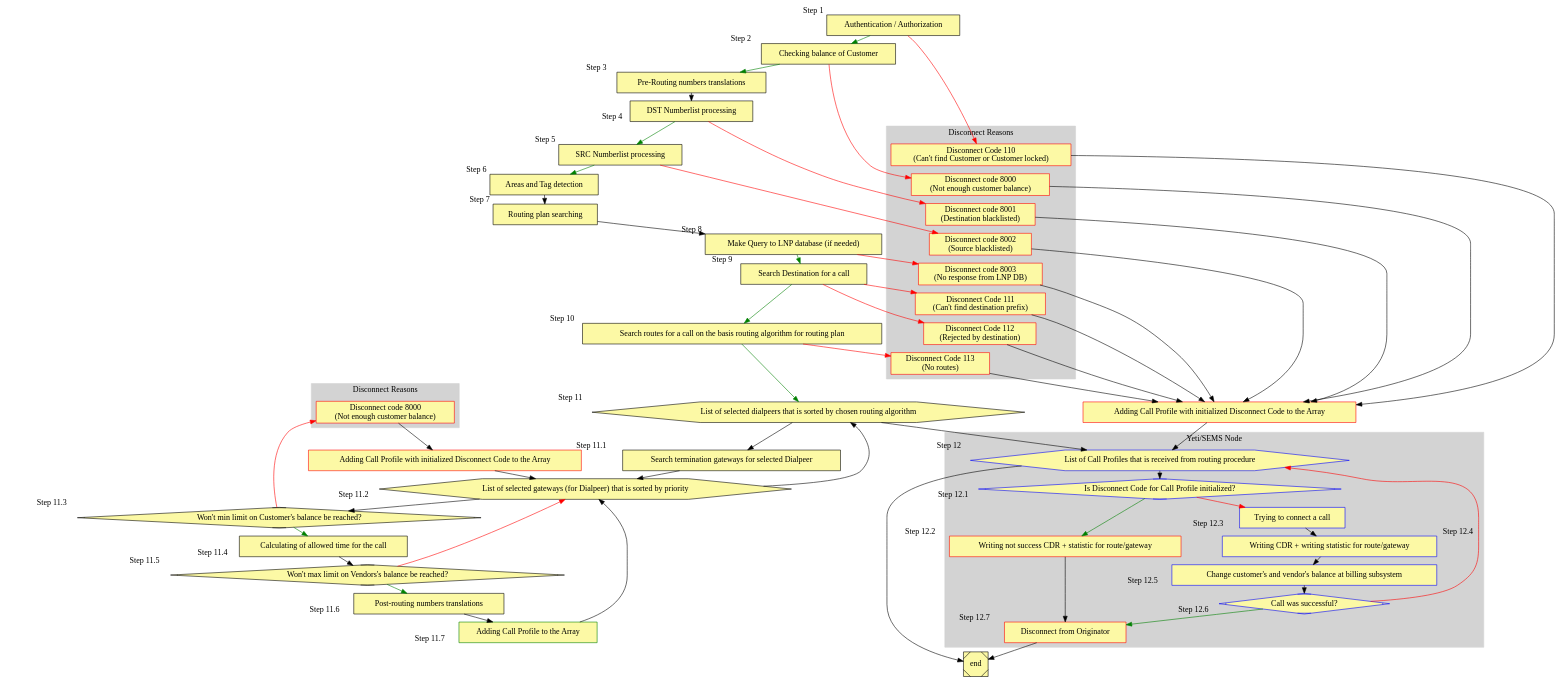
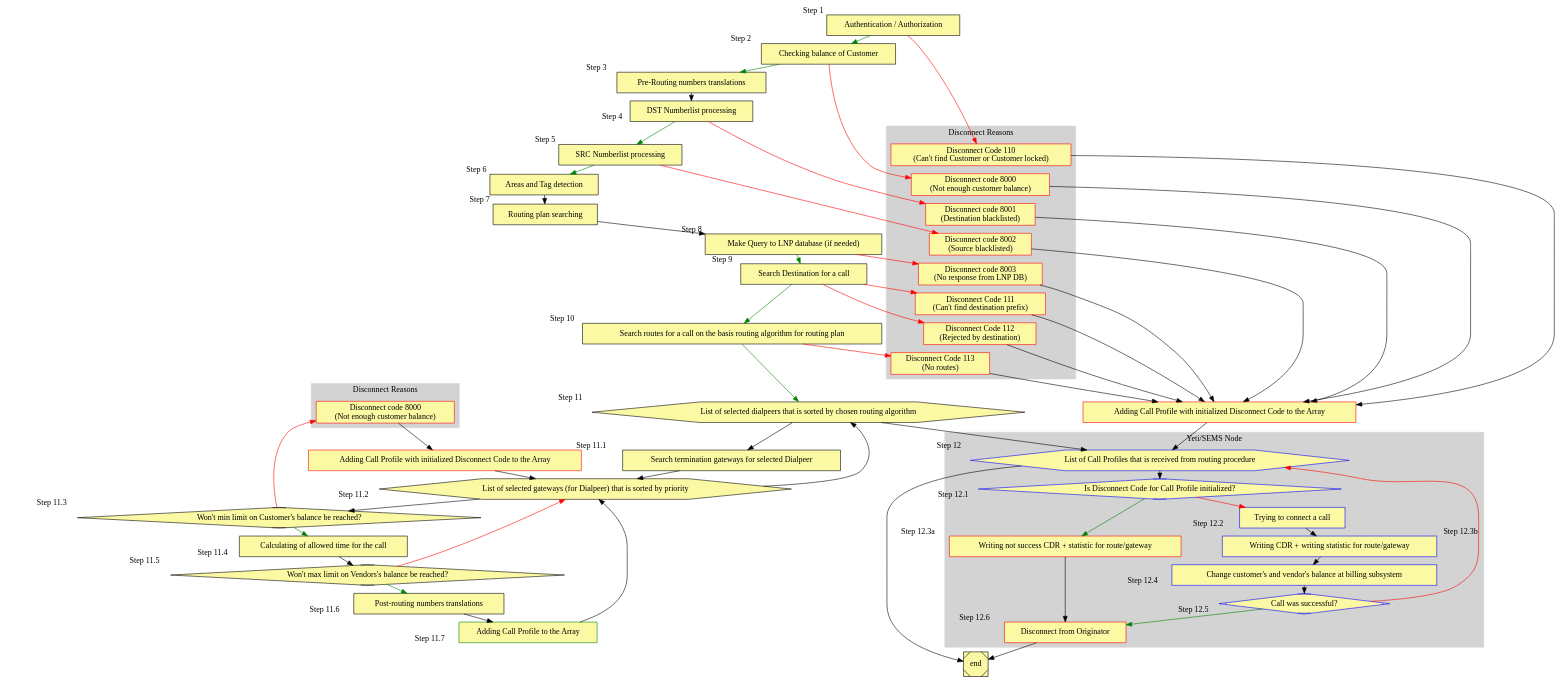
One commit to yeti-switch/doc changed the diagram in docs/en/graphviz/routing.dot. Above: the diagram before and after it, drawn with Graphviz. The commit also changed 1 other file, not shown here.

```diff
--- a/docs/en/graphviz/routing.dot
+++ b/docs/en/graphviz/routing.dot
@@ -1,169 +1,169 @@
 digraph Routing {
 
     node [style=filled; fillcolor="#FCF9A5"];
     graph [nodesep=1, ranksep=0.2, mindist=0.5];
 
     subgraph cluster_DC {
         style=filled;
         color=lightgrey;
         node [style=filled,color=red];
 
         reason1 [label = "Disconnect Code 110 \n(Can't find Customer or Customer locked)"; shape=box; sides=4 ];
         reason2 [label = "Disconnect code 8000 \n(Not enough customer balance)"; shape=box; sides=4 ];
         reason3 [label = "Disconnect code 8001 \n(Destination blacklisted)"; shape=box; sides=4 ];
         reason4 [label = "Disconnect code 8002 \n(Source blacklisted)"; shape=box; sides=4 ];
         reason5 [label = "Disconnect code 8003 \n(No response from LNP DB)"; shape=box; sides=4 ];
         reason6 [label = "Disconnect Code 111 \n(Can't find destination prefix)"; shape=box; sides=4 ];
         reason7 [label = "Disconnect Code 112 \n(Rejected by destination)"; shape=box; sides=4 ];
         reason8 [label = "Disconnect Code 113 \n(No routes)"; shape=box; sides=4 ];
 
         reason1->reason2 [style=invis];
         reason2->reason3 [style=invis];
         reason3->reason4 [style=invis];
         reason4->reason5 [style=invis];
         reason5->reason6 [style=invis];
         reason6->reason7 [style=invis];
         reason7->reason8 [style=invis];
         label = "Disconnect Reasons";
     }
 
     subgraph cluster_DC2 {
         style=filled;
         color=lightgrey;
         node [style=filled,color=red];
 
         reason9 [label = "Disconnect code 8000 \n(Not enough customer balance)"; shape=box; sides=4 ];
 
         label = "Disconnect Reasons";
     }
 
     subgraph cluster_SEMS {
         style=filled;
         color=lightgrey;
         node [style=filled,color=blue];
 
         block_l0 [label = "List of Call Profiles that is received from routing procedure"; xlabel = "                Step 12"; shape=hexagon];
 
         block_l1 [label = "Is Disconnect Code for Call Profile initialized?"; xlabel = "           Step 12.1 "; shape=Mdiamond];
 
 
-        block_l2 [label = "Writing not success CDR + statistic for route/gateway"; xlabel = "Step 12.2    "; shape=box; sides=4; color = red ];
+        block_l2 [label = "Writing not success CDR + statistic for route/gateway"; xlabel = "Step 12.3a    "; shape=box; sides=4; color = red ];
 
-        block_l4 [label = "Disconnect from Originator"; xlabel = "       Step 12.7   "; shape=box; sides=4; color = red ];
+        block_l4 [label = "Disconnect from Originator"; xlabel = "       Step 12.6   "; shape=box; sides=4; color = red ];
 
-        block_l5 [label = "Trying to connect a call"; xlabel = "\nStep 12.3     "; shape=box; sides=4 ];
+        block_l5 [label = "Trying to connect a call"; xlabel = "\nStep 12.2     "; shape=box; sides=4 ];
 
-        block_l6 [label = "Writing CDR + writing statistic for route/gateway"; xlabel = "Step 12.4    "; shape=box; sides=4 ];
+        block_l6 [label = "Writing CDR + writing statistic for route/gateway"; xlabel = "Step 12.3b    "; shape=box; sides=4 ];
 
-        block_l7 [label = "Change customer's and vendor's balance at billing subsystem "; xlabel = "Step 12.5    "; shape=box; sides=4 ];
+        block_l7 [label = "Change customer's and vendor's balance at billing subsystem "; xlabel = "Step 12.4    "; shape=box; sides=4 ];
 
 
-        block_l8 [label = "Call was successful?"; xlabel = "           Step 12.6 "; shape=Mdiamond];
+        block_l8 [label = "Call was successful?"; xlabel = "           Step 12.5 "; shape=Mdiamond];
 
 
         block_l0 -> block_l1 [color=black];
         block_l1 -> block_l2 [color=green];
         block_l2 -> block_l4 [color=black];
 
         block_l1 -> block_l5 [color=red];
         block_l5 -> block_l6 [color=black];
         block_l6 -> block_l7 [color=black];
         block_l7 -> block_l8 [color=black];
 
         block_l8 -> block_l4 [color=green];
         block_l8 -> block_l0 [color=red];
 
         label = "Yeti/SEMS Node";
     }
 
     block_wrong1 [label = "Adding Call Profile with initialized Disconnect Code to the Array"; shape=box; sides=4; color=red];
 
     block_wrong2 [label = "Adding Call Profile with initialized Disconnect Code to the Array"; shape=box; sides=4; color=red];
 
     block1 [label = "Authentication / Authorization"; xlabel = "Step 1"; shape=box; sides=4 ];
     block2 [label = "Checking balance of Customer"; xlabel = "Step 2   "; shape=box; sides=4 ];
     block3 [label = "Pre-Routing numbers translations"; xlabel = "Step 3   "; shape=box; sides=4 ];
     block4 [label = "DST Numberlist processing"; xlabel = "Step 4  "; shape=box; sides=4 ];
     block5 [label = "SRC Numberlist processing"; xlabel = "Step 5"; shape=box; sides=4 ];
     block6 [label = "Areas and Tag detection"; xlabel = "Step 6"; shape=box; sides=4 ];
     block7 [label = "Routing plan searching"; xlabel = "Step 7"; shape=box; sides=4 ];
     block8 [label = "Make Query to LNP database (if needed)"; xlabel = "Step 8"; shape=box; sides=4 ];
     block9 [label = "Search Destination for a call"; xlabel = "              Step 9"; shape=box; sides=4 ];
     block10 [label = "Search routes for a call on the basis routing algorithm for routing plan"; xlabel = "           Step 10"; shape=box; sides=4 ];
 
     block11 [label = "List of selected dialpeers that is sorted by chosen routing algorithm"; xlabel = "                Step 11"; shape=hexagon];
 
     block12 [label = "Search termination gateways for selected Dialpeer"; xlabel = "Step 11.1     "; shape=box; sides=4 ];
 
     block13 [label = "List of selected gateways (for Dialpeer) that is sorted by priority"; xlabel = "                Step 11.2"; shape=hexagon];
 
     block14 [label = "Won't min limit on Customer's balance be reached?"; xlabel = "           Step 11.3 "; shape=Mdiamond];
 
     block15 [label = "Calculating of allowed time for the call"; xlabel = "Step 11.4   "; shape=box; sides=4 ];
 
     block16 [label = "Won't max limit on Vendors's balance be reached?"; xlabel = "                 Step 11.5"; shape=Mdiamond];
 
     block17 [label = "Post-routing numbers translations"; xlabel = "Step 11.6    "; shape=box; sides=4 ];
 
     block18 [label = "Adding Call Profile to the Array"; xlabel = "Step 11.7    "; shape=box; sides=4; color=green ];
 
 
 
 
     end [shape=Msquare];
 
     block1 -> block2 [color=green];
     block1 -> reason1 [color=red];
 
     block2 -> block3 [color=green];
     block2 -> reason2 [color=red];
     block3 -> block4 [color=black];
     block4 -> block5 [color=green];
     block4 -> reason3 [color=red];
     block5 -> block6 [color=green];
     block5 -> reason4 [color=red];
     block6 -> block7 [color=black];
     block7 -> block8 [color=black];
     block8 -> block9 [color=green];
     block8 -> reason5 [color=red];
     block9 -> block10 [color=green];
     block9 -> reason6 [color=red];
     block9 -> reason7 [color=red];
     block10 -> block11 [color=green];
     block10 -> reason8 [color=red];
     block11 -> block12 [color=black];
     block12 -> block13 [color=black];
     block13 -> block14 [color=black];
     block13 -> block11 [color=black];
 
     block14 -> reason9 [color=red];
     block14 -> block15 [color=green];
     block15 -> block16 [color=black];
     block16 -> block17 [color=green];
     block16 -> block13 [color=red];
     block17 -> block18 [color=black];
     block18 -> block13 [color=black];
 
 
     block11 -> block_l0 [color=black];
 
 
     block_l0 -> end [color=black];
 
     reason1 -> block_wrong1 [color=black];
     reason2 -> block_wrong1 [color=black];
     reason3 -> block_wrong1 [color=black];
     reason4 -> block_wrong1 [color=black];
     reason5 -> block_wrong1 [color=black];
     reason6 -> block_wrong1 [color=black];
     reason7 -> block_wrong1 [color=black];
     reason8 -> block_wrong1 [color=black];
 
     reason9 -> block_wrong2 [color=black];
 
     block_wrong1 -> block_l0 [color=black];
 
     block_wrong2-> block13 [color=black];
 
     block_l4 -> end [color=black];
 }
```
